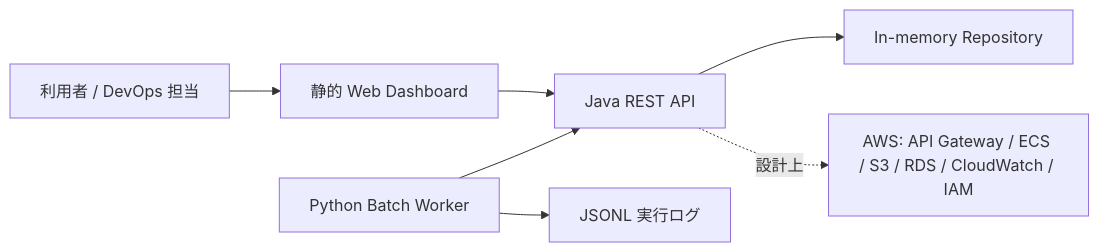
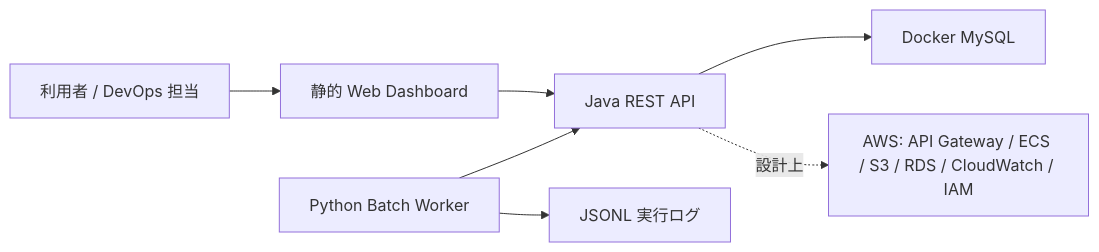
Before and after one commit to seki999/ES260523874-cloud-ops-portfolio: the diagram in docs/architecture.md, drawn with Mermaid. The commit also changed other lines of this file and 27 other files, not shown here.

````diff
--- a/docs/architecture.md
+++ b/docs/architecture.md
@@ -5,9 +5,9 @@
 ```mermaid
 flowchart LR
   User["利用者 / DevOps 担当"] --> Web["静的 Web Dashboard"]
   Web --> Api["Java REST API"]
   Worker["Python Batch Worker"] --> Api
-  Api --> Repo["In-memory Repository"]
+  Api --> Db["Docker MySQL"]
   Worker --> Logs["JSONL 実行ログ"]
   Api -.設計上.-> Aws["AWS: API Gateway / ECS / S3 / RDS / CloudWatch / IAM"]
 ```
````
